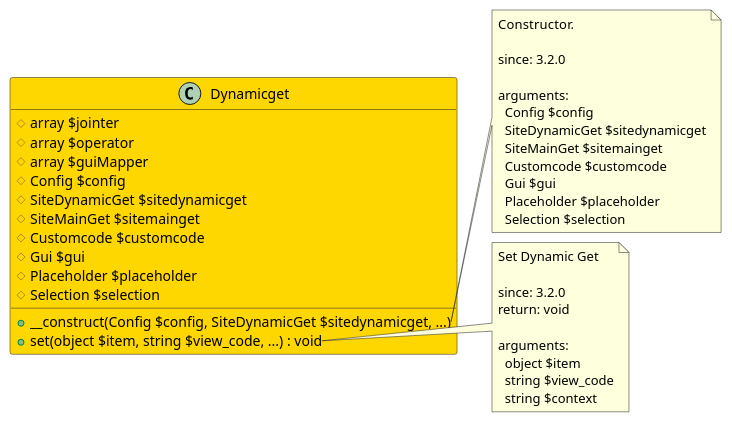
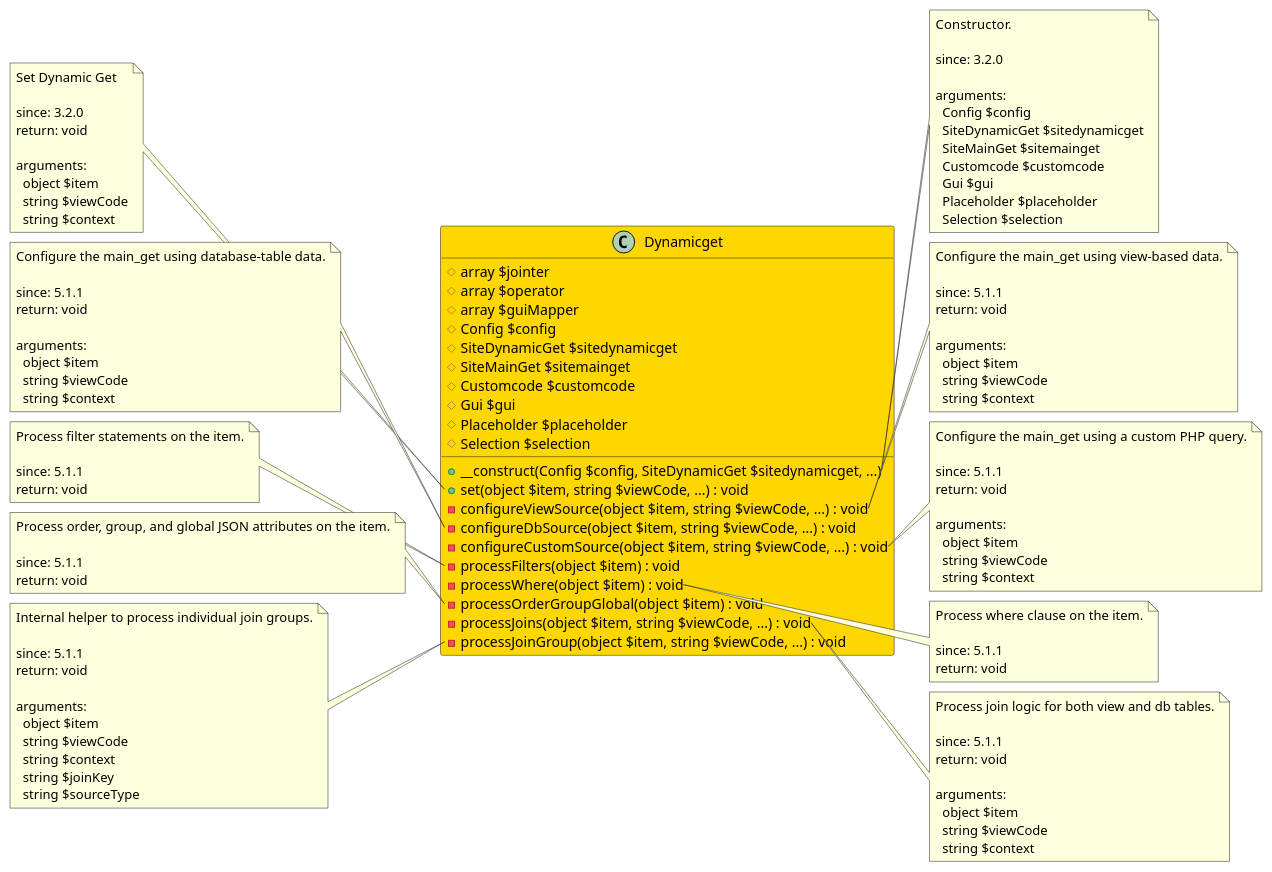
The diagram in src/79740ee8-4d10-4b51-9ff5-18e1386ec1c6/README.md (joomengine/jcb-compiler), drawn with PlantUML before and after one commit. The commit also changed 440 other files, not shown here.

```diff
--- a/src/79740ee8-4d10-4b51-9ff5-18e1386ec1c6/README.md
+++ b/src/79740ee8-4d10-4b51-9ff5-18e1386ec1c6/README.md
@@ -17,7 +17,15 @@
   # Placeholder $placeholder
   # Selection $selection
   + __construct(Config $config, SiteDynamicGet $sitedynamicget, ...)
-  + set(object $item, string $view_code, ...) : void
+  + set(object $item, string $viewCode, ...) : void
+  - configureViewSource(object $item, string $viewCode, ...) : void
+  - configureDbSource(object $item, string $viewCode, ...) : void
+  - configureCustomSource(object $item, string $viewCode, ...) : void
+  - processFilters(object $item) : void
+  - processWhere(object $item) : void
+  - processOrderGroupGlobal(object $item) : void
+  - processJoins(object $item, string $viewCode, ...) : void
+  - processJoinGroup(object $item, string $viewCode, ...) : void
 }
 
 note right of Dynamicget::__construct
@@ -35,7 +43,7 @@
     Selection $selection
 end note
 
-note right of Dynamicget::set
+note left of Dynamicget::set
   Set Dynamic Get
 
   since: 3.2.0
@@ -43,8 +51,91 @@
   
   arguments:
     object $item
-    string $view_code
+    string $viewCode
     string $context
+end note
+
+note right of Dynamicget::configureViewSource
+  Configure the main_get using view-based data.
+
+  since: 5.1.1
+  return: void
+  
+  arguments:
+    object $item
+    string $viewCode
+    string $context
+end note
+
+note left of Dynamicget::configureDbSource
+  Configure the main_get using database-table data.
+
+  since: 5.1.1
+  return: void
+  
+  arguments:
+    object $item
+    string $viewCode
+    string $context
+end note
+
+note right of Dynamicget::configureCustomSource
+  Configure the main_get using a custom PHP query.
+
+  since: 5.1.1
+  return: void
+  
+  arguments:
+    object $item
+    string $viewCode
+    string $context
+end note
+
+note left of Dynamicget::processFilters
+  Process filter statements on the item.
+
+  since: 5.1.1
+  return: void
+end note
+
+note right of Dynamicget::processWhere
+  Process where clause on the item.
+
+  since: 5.1.1
+  return: void
+end note
+
+note left of Dynamicget::processOrderGroupGlobal
+  Process order, group, and global JSON attributes on the item.
+
+  since: 5.1.1
+  return: void
+end note
+
+note right of Dynamicget::processJoins
+  Process join logic for both view and db tables.
+
+  since: 5.1.1
+  return: void
+  
+  arguments:
+    object $item
+    string $viewCode
+    string $context
+end note
+
+note left of Dynamicget::processJoinGroup
+  Internal helper to process individual join groups.
+
+  since: 5.1.1
+  return: void
+  
+  arguments:
+    object $item
+    string $viewCode
+    string $context
+    string $joinKey
+    string $sourceType
 end note
 
 @enduml
```
